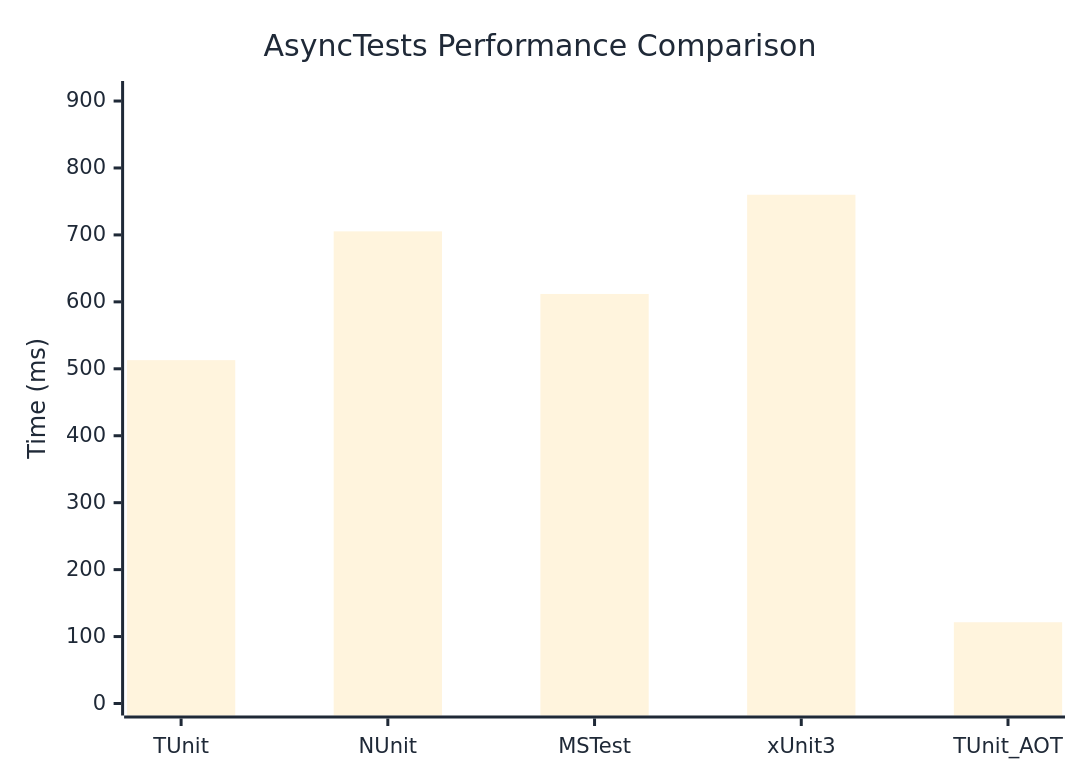
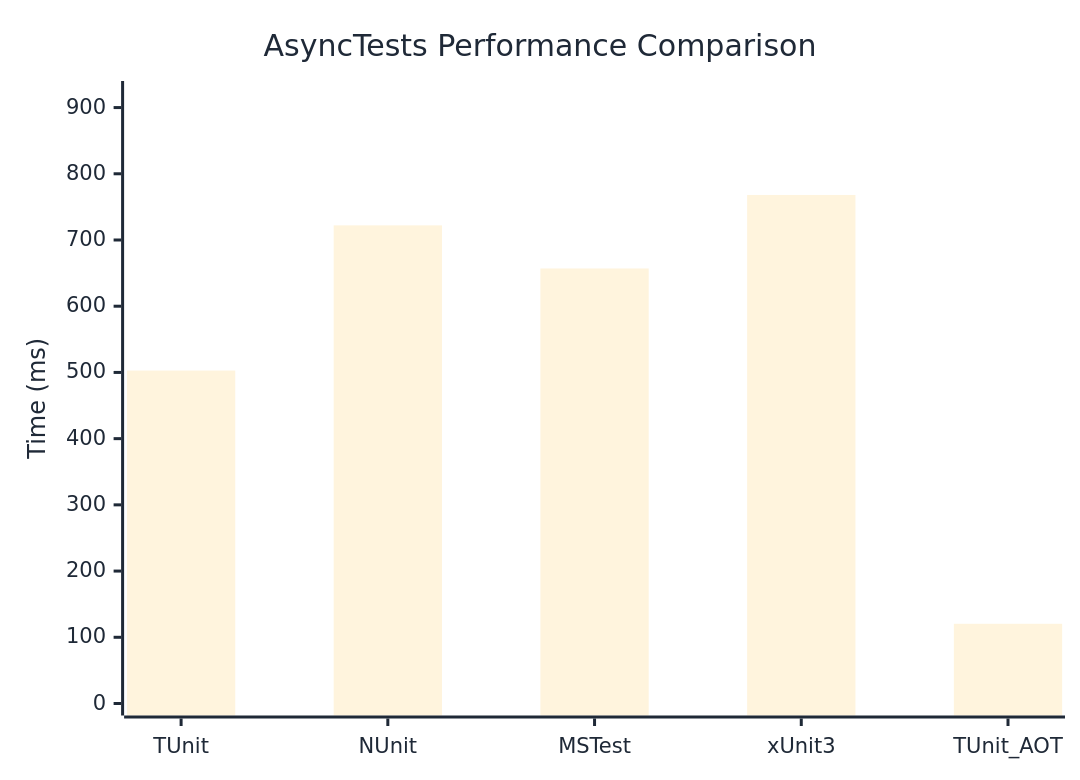
Before and after one commit to weiyilai/TUnit: the diagram in docs/docs/benchmarks/AsyncTests.md, drawn with Mermaid. The commit also changed other lines of this file and 17 other files, not shown here.

````diff
--- a/docs/docs/benchmarks/AsyncTests.md
+++ b/docs/docs/benchmarks/AsyncTests.md
@@ -27,37 +27,37 @@
 ```mermaid
 %%{init: {
   'theme':'base',
   'themeVariables': {
     'primaryColor': '#2563eb',
     'primaryTextColor': '#1f2937',
     'primaryBorderColor': '#1e40af',
     'lineColor': '#6b7280',
     'secondaryColor': '#7c3aed',
     'tertiaryColor': '#dc2626',
     'background': '#ffffff',
     'mainBkg': '#2563eb',
     'secondBkg': '#7c3aed',
     'tertiaryBkg': '#dc2626',
     'clusterBkg': '#f3f4f6',
     'edgeLabelBackground': '#ffffff',
     'tertiaryTextColor': '#1f2937',
     'pie1': '#2563eb',
     'pie2': '#7c3aed',
     'pie3': '#dc2626',
     'pie4': '#f59e0b',
     'pie5': '#10b981',
     'pie6': '#06b6d4',
     'pie7': '#ec4899',
     'pie8': '#6366f1',
     'pie9': '#84cc16',
     'pie10': '#f97316',
     'pie11': '#14b8a6',
     'pie12': '#a855f7'
   }
 }}%%
 xychart-beta
   title "AsyncTests Performance Comparison"
   x-axis ["TUnit", "NUnit", "MSTest", "xUnit3", "TUnit_AOT"]
-  y-axis "Time (ms)" 0 --> 912
-  bar [512.9, 705.3, 611.8, 760, 121.4]
+  y-axis "Time (ms)" 0 --> 922
+  bar [502.8, 722.1, 657, 768, 120.4]
 ```
````
